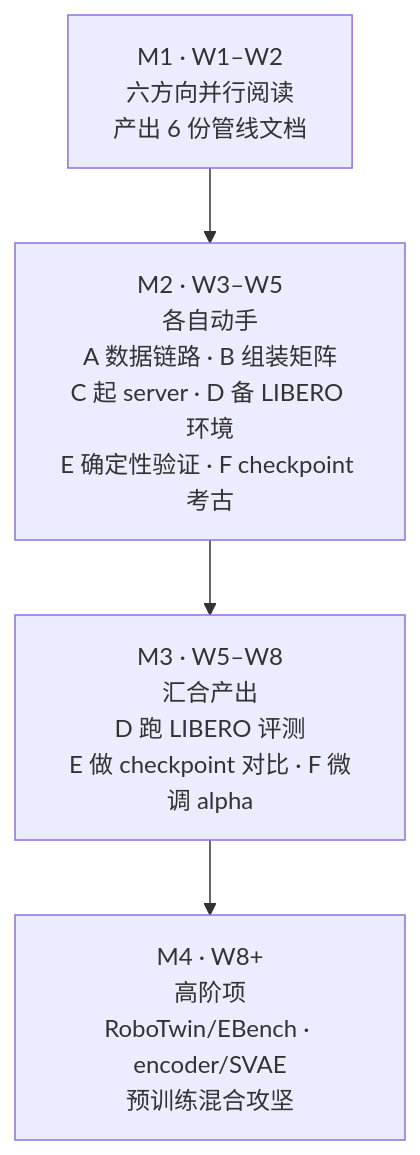
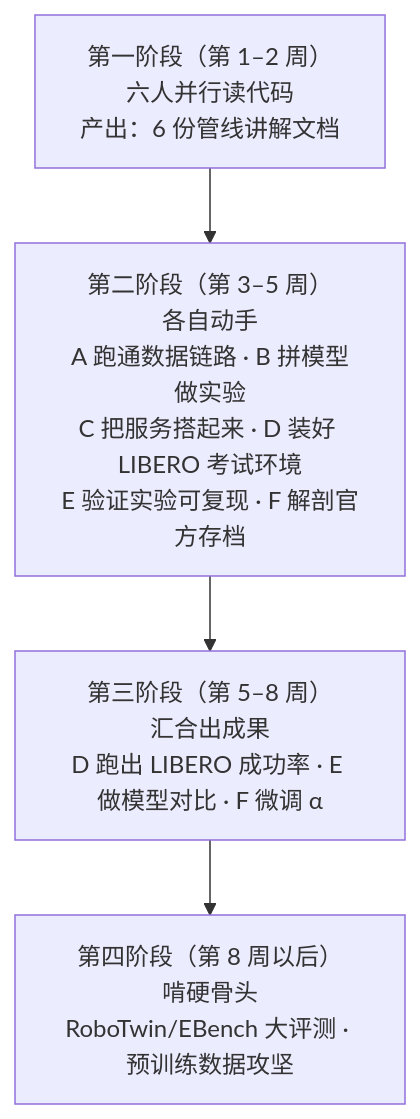
The second of 2 diagrams in OpenWAM任务书/README.md (sasasatori/kaiyuan), drawn with Mermaid before and after one commit. The commit also changed other lines of this file and 14 other files, not shown here.

````diff
--- a/OpenWAM任务书/README.md
+++ b/OpenWAM任务书/README.md
@@ -82,6 +87,8 @@
 ```mermaid
 flowchart TD
-    M1["M1 · W1–W2<br/>六方向并行阅读<br/>产出 6 份管线文档"] --> M2["M2 · W3–W5<br/>各自动手<br/>A 数据链路 · B 组装矩阵<br/>C 起 server · D 备 LIBERO 环境<br/>E 确定性验证 · F checkpoint 考古"]
-    M2 --> M3["M3 · W5–W8<br/>汇合产出<br/>D 跑 LIBERO 评测<br/>E 做 checkpoint 对比 · F 微调 alpha"]
-    M3 --> M4["M4 · W8+<br/>高阶项<br/>RoboTwin/EBench · encoder/SVAE<br/>预训练混合攻坚"]
+    M1["第一阶段（第 1–2 周）<br/>六人并行读代码<br/>产出：6 份管线讲解文档"]
+    M2["第二阶段（第 3–5 周）<br/>各自动手<br/>A 跑通数据链路 · B 拼模型做实验<br/>C 把服务搭起来 · D 装好 LIBERO 考试环境<br/>E 验证实验可复现 · F 解剖官方存档"]
+    M3["第三阶段（第 5–8 周）<br/>汇合出成果<br/>D 跑出 LIBERO 成功率 · E 做模型对比 · F 微调 α"]
+    M4["第四阶段（第 8 周以后）<br/>啃硬骨头<br/>RoboTwin/EBench 大评测 · 预训练数据攻坚"]
+    M1 --> M2 --> M3 --> M4
 ```
````
